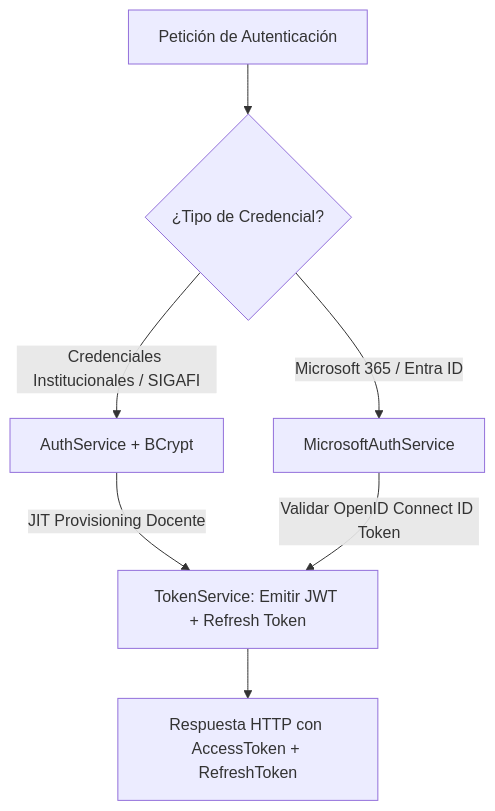
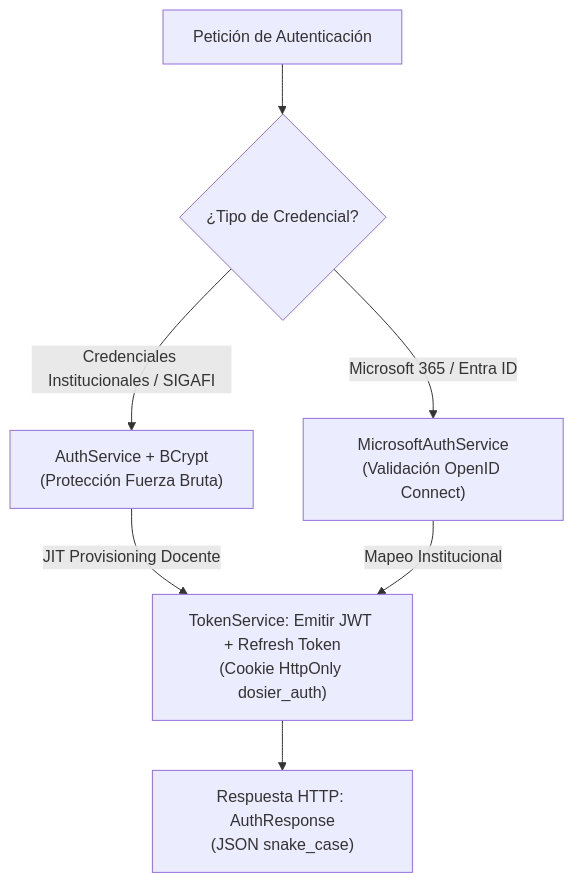
One commit to JorgeDoicela/dosier changed the first of 2 diagrams in docs/documentacion/02-backend-servicios/02-autenticacion-sso-y-rbac.md. Above: the diagram before and after it, drawn with Mermaid. The commit also changed other lines of this file and 35 other files, not shown here.

````diff
--- a/docs/documentacion/02-backend-servicios/02-autenticacion-sso-y-rbac.md
+++ b/docs/documentacion/02-backend-servicios/02-autenticacion-sso-y-rbac.md
@@ -15,12 +15,12 @@
 ```mermaid
-graph TD
-    UserReq[Petición de Autenticación] --> AuthType{¿Tipo de Credencial?}
+flowchart TD
+    UserReq["Petición de Autenticación"] --> AuthType{"¿Tipo de Credencial?"}
 
-    AuthType -->|Credenciales Institucionales / SIGAFI| LocalAuth[AuthService + BCrypt]
-    LocalAuth -->|JIT Provisioning Docente| TokenGen[TokenService: Emitir JWT + Refresh Token]
+    AuthType -->|"Credenciales Institucionales / SIGAFI"| LocalAuth["AuthService + BCrypt\n(Protección Fuerza Bruta)"]
+    LocalAuth -->|"JIT Provisioning Docente"| TokenGen["TokenService: Emitir JWT + Refresh Token\n(Cookie HttpOnly dosier_auth)"]
 
-    AuthType -->|Microsoft 365 / Entra ID| SSOAuth[MicrosoftAuthService]
-    SSOAuth -->|Validar OpenID Connect ID Token| TokenGen
+    AuthType -->|"Microsoft 365 / Entra ID"| SSOAuth["MicrosoftAuthService\n(Validación OpenID Connect)"]
+    SSOAuth -->|"Mapeo Institucional"| TokenGen
 
-    TokenGen --> Response[Respuesta HTTP con AccessToken + RefreshToken]
+    TokenGen --> Response["Respuesta HTTP: AuthResponse\n(JSON snake_case)"]
 ```
````
